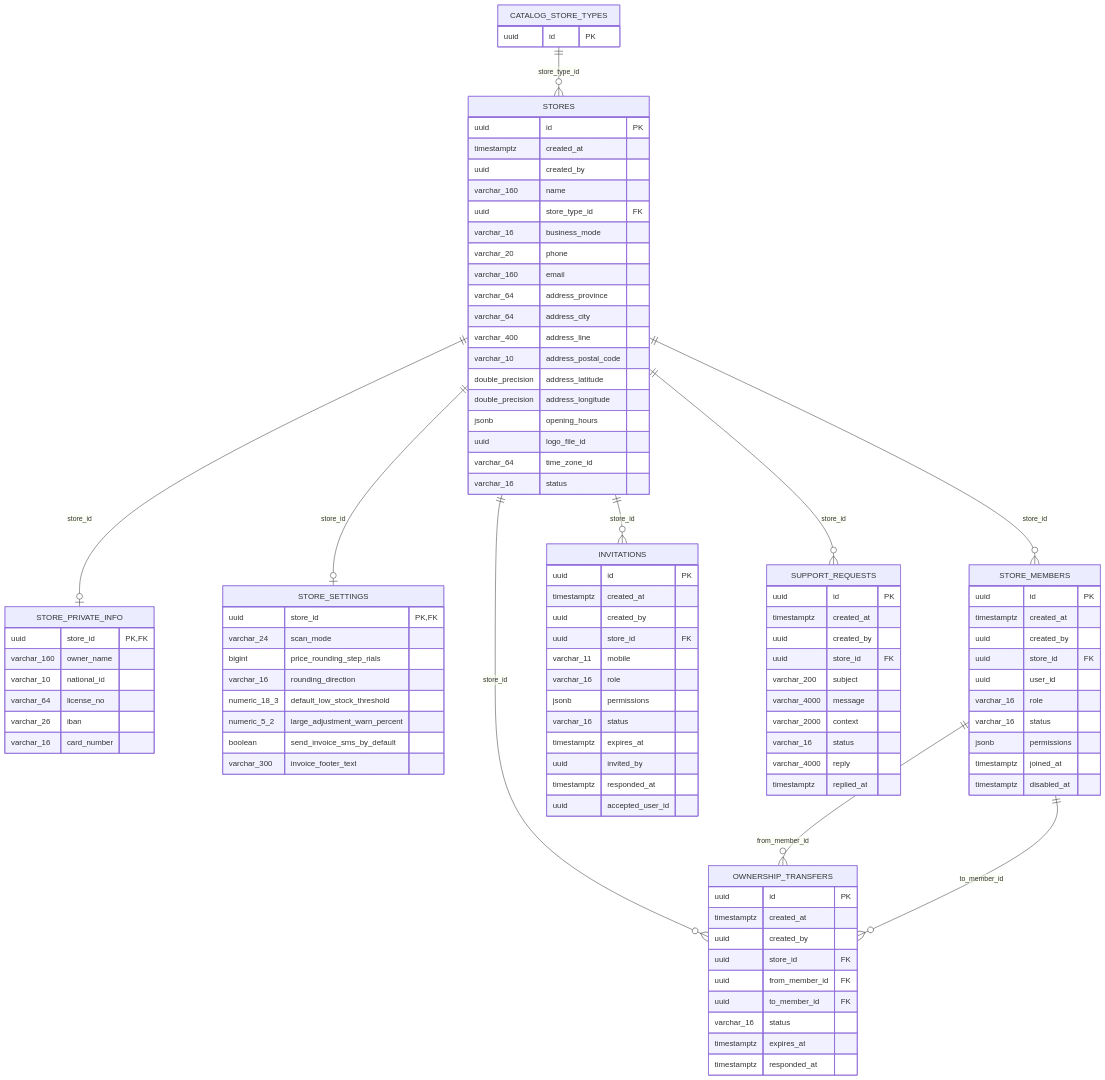
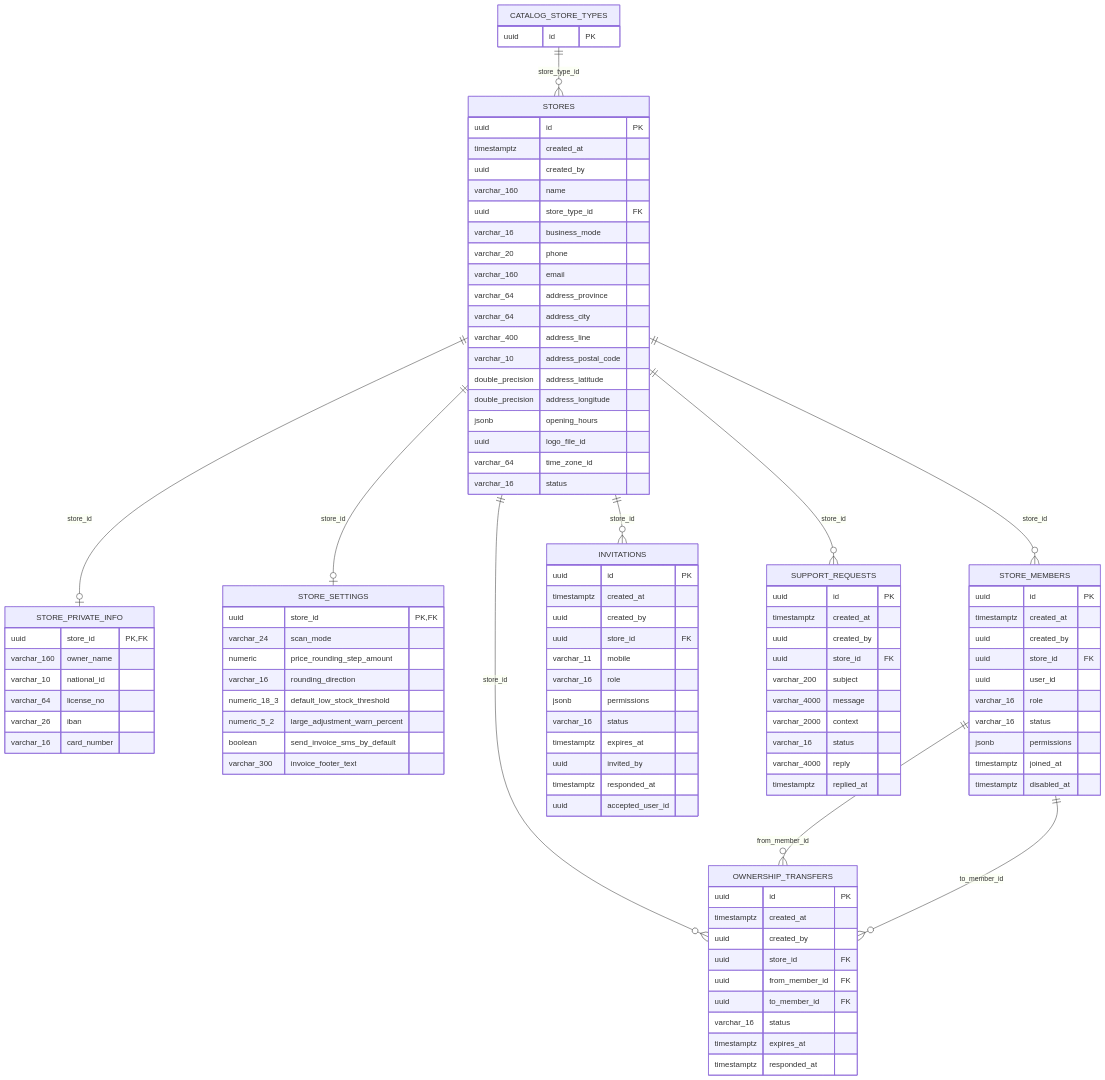
Before and after one commit to arefzamani9971/2kni-front-end: the second of 13 diagrams in docs/reference/backend/database.md, drawn with Mermaid. The commit also changed other lines of this file and 44 other files, not shown here.

```diff
--- a/docs/reference/backend/database.md
+++ b/docs/reference/backend/database.md
@@ -170,7 +170,7 @@
     STORE_SETTINGS {
         uuid store_id PK,FK
         varchar_24 scan_mode
-        bigint price_rounding_step_rials
+        numeric price_rounding_step_amount
         varchar_16 rounding_direction
         numeric_18_3 default_low_stock_threshold
         numeric_5_2 large_adjustment_warn_percent
```
